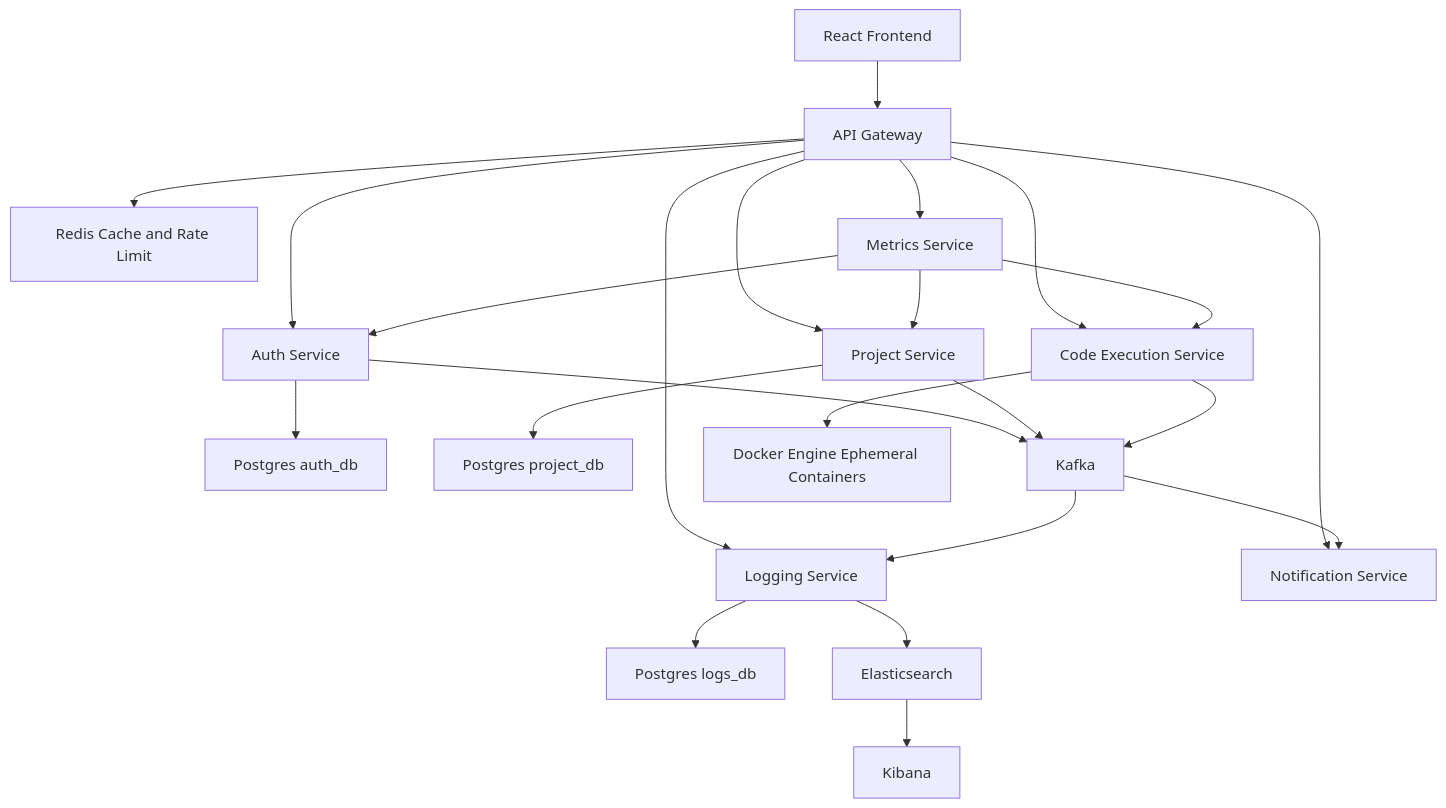
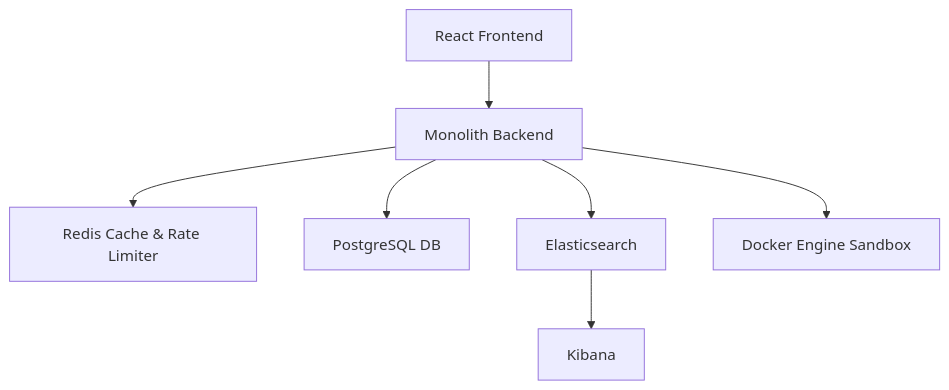
Before and after one commit to 123suraj-sky/DevOps-Suite: the second of 5 diagrams in docs/02-architecture-hld.md, drawn with Mermaid. The commit also changed other lines of this file and 116 other files, not shown here.

First line of the commit message:
refactor: convert microservices to monolithic architecture

````diff
--- a/docs/02-architecture-hld.md
+++ b/docs/02-architecture-hld.md
@@ -22,42 +16,17 @@
 ```mermaid
 flowchart TB
     FE[React Frontend]
-    GW[API Gateway]
-    REDIS[Redis Cache and Rate Limit]
-    AUTH[Auth Service]
-    CODE[Code Execution Service]
-    PROJ[Project Service]
-    LOG[Logging Service]
-    MET[Metrics Service]
-    NOTIF[Notification Service]
-    PGA[Postgres auth_db]
-    PGP[Postgres project_db]
-    PGL[Postgres logs_db]
+    MONO[Monolith Backend]
+    REDIS[Redis Cache & Rate Limiter]
+    PG[PostgreSQL DB]
     ES[Elasticsearch]
     KIB[Kibana]
-    KAFKA[Kafka]
-    DOCKER[Docker Engine Ephemeral Containers]
+    DOCKER[Docker Engine Sandbox]
 
-    FE --> GW
-    GW --> REDIS
-    GW --> AUTH
-    GW --> CODE
-    GW --> PROJ
-    GW --> LOG
-    GW --> MET
-    GW --> NOTIF
-    AUTH --> PGA
-    PROJ --> PGP
-    LOG --> PGL
-    LOG --> ES
+    FE --> MONO
+    MONO --> REDIS
+    MONO --> PG
+    MONO --> DOCKER
+    MONO --> ES
     ES --> KIB
-    CODE --> DOCKER
-    AUTH --> KAFKA
-    PROJ --> KAFKA
-    CODE --> KAFKA
-    KAFKA --> LOG
-    KAFKA --> NOTIF
-    MET --> AUTH
-    MET --> CODE
-    MET --> PROJ
 ```
````
